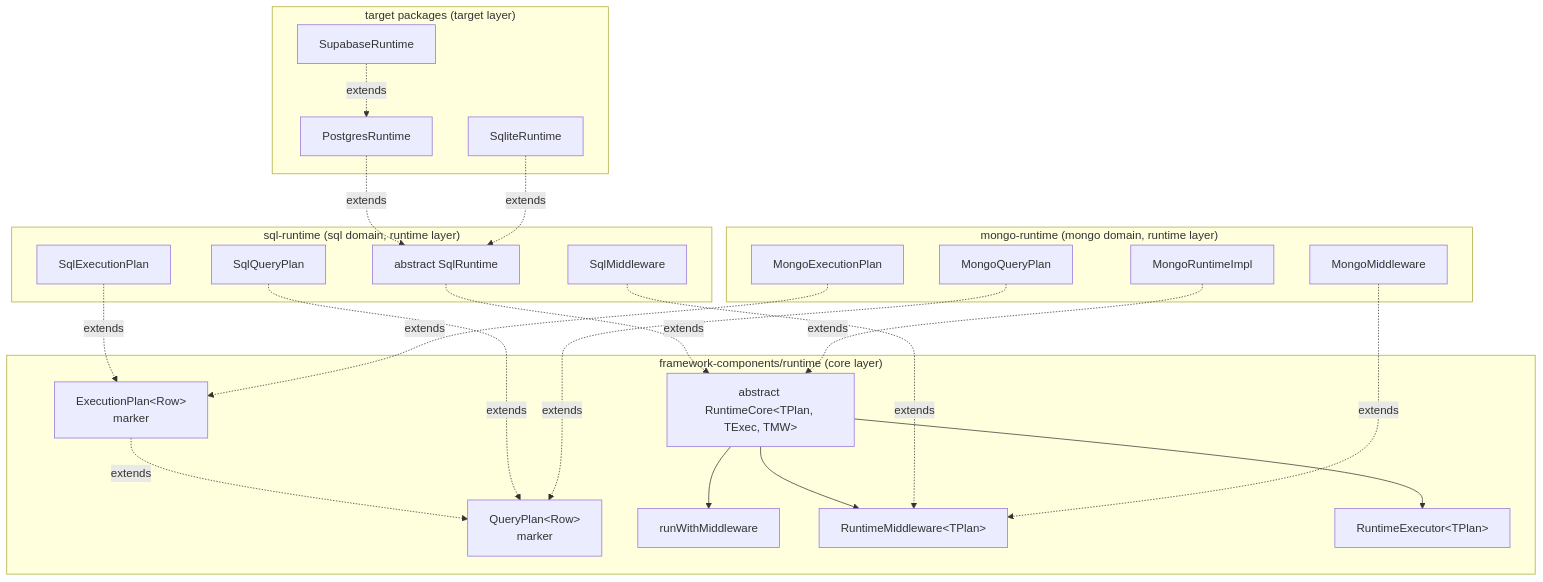
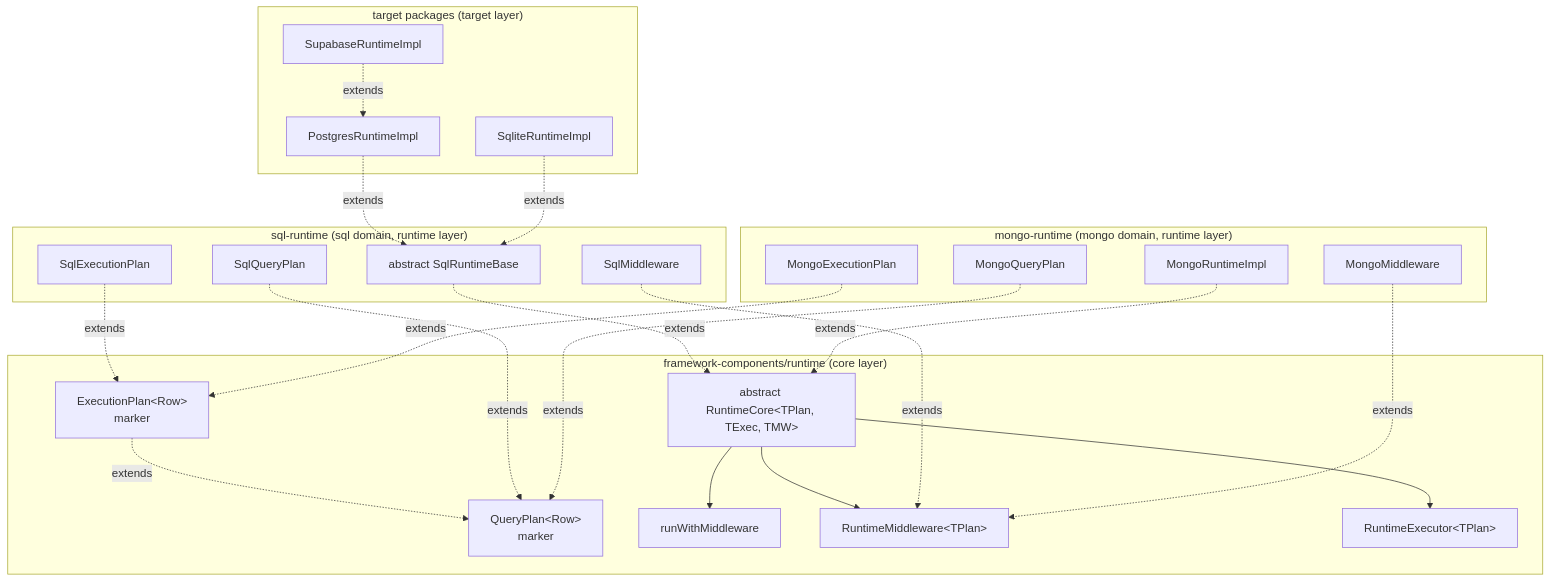
One commit to prisma/prisma-next changed the first of 3 diagrams in docs/architecture docs/subsystems/4. Runtime & Middleware Framework.md. Above: the diagram before and after it, drawn with Mermaid. The commit also changed other lines of this file and 1 other file, not shown here.

First line of the commit message:
review(F01): refresh stale v1 references in Runtime subsystem doc

````diff
--- a/docs/architecture docs/subsystems/4. Runtime & Middleware Framework.md
+++ b/docs/architecture docs/subsystems/4. Runtime & Middleware Framework.md
@@ -31,46 +31,46 @@
 ```mermaid
 flowchart TB
   subgraph framework["framework-components/runtime (core layer)"]
     QP[QueryPlan&lt;Row&gt;<br/>marker]
     EP[ExecutionPlan&lt;Row&gt;<br/>marker]
     EP -.extends.-> QP
     Core[abstract RuntimeCore&lt;TPlan, TExec, TMW&gt;]
     Helper[runWithMiddleware]
     MW[RuntimeMiddleware&lt;TPlan&gt;]
     Exec[RuntimeExecutor&lt;TPlan&gt;]
     Core --> Helper
     Core --> MW
     Core --> Exec
   end
 
   subgraph sql["sql-runtime (sql domain, runtime layer)"]
     SQP[SqlQueryPlan]
     SEP[SqlExecutionPlan]
-    SR[abstract SqlRuntime]
+    SR[abstract SqlRuntimeBase]
     SMW[SqlMiddleware]
     SQP -.extends.-> QP
     SEP -.extends.-> EP
     SR -.extends.-> Core
     SMW -.extends.-> MW
   end
 
   subgraph mongo["mongo-runtime (mongo domain, runtime layer)"]
     MQP[MongoQueryPlan]
     MEP[MongoExecutionPlan]
     MR[MongoRuntimeImpl]
     MMW[MongoMiddleware]
     MQP -.extends.-> QP
     MEP -.extends.-> EP
     MR -.extends.-> Core
     MMW -.extends.-> MW
   end
 
   subgraph targets["target packages (target layer)"]
-    PR[PostgresRuntime]
-    SLR[SqliteRuntime]
-    SupR[SupabaseRuntime]
+    PR[PostgresRuntimeImpl]
+    SLR[SqliteRuntimeImpl]
+    SupR[SupabaseRuntimeImpl]
     PR -.extends.-> SR
     SLR -.extends.-> SR
     SupR -.extends.-> PR
   end
 ```
````
